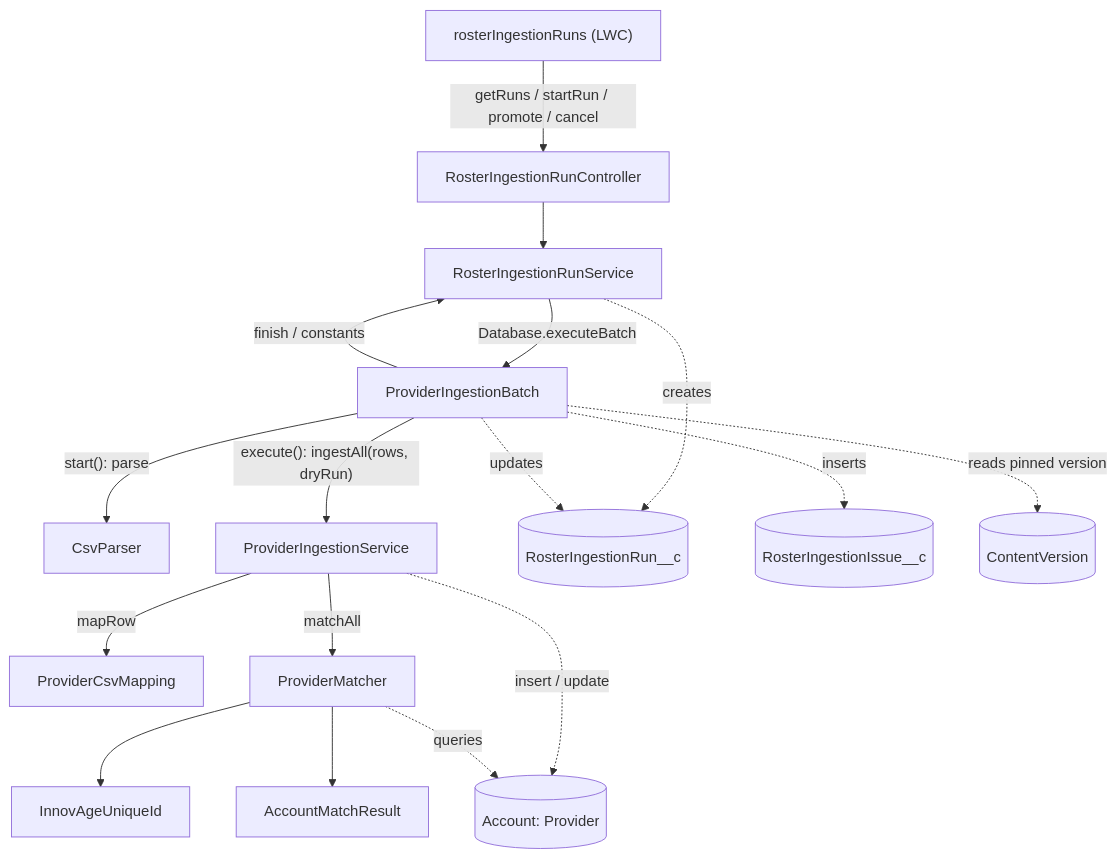
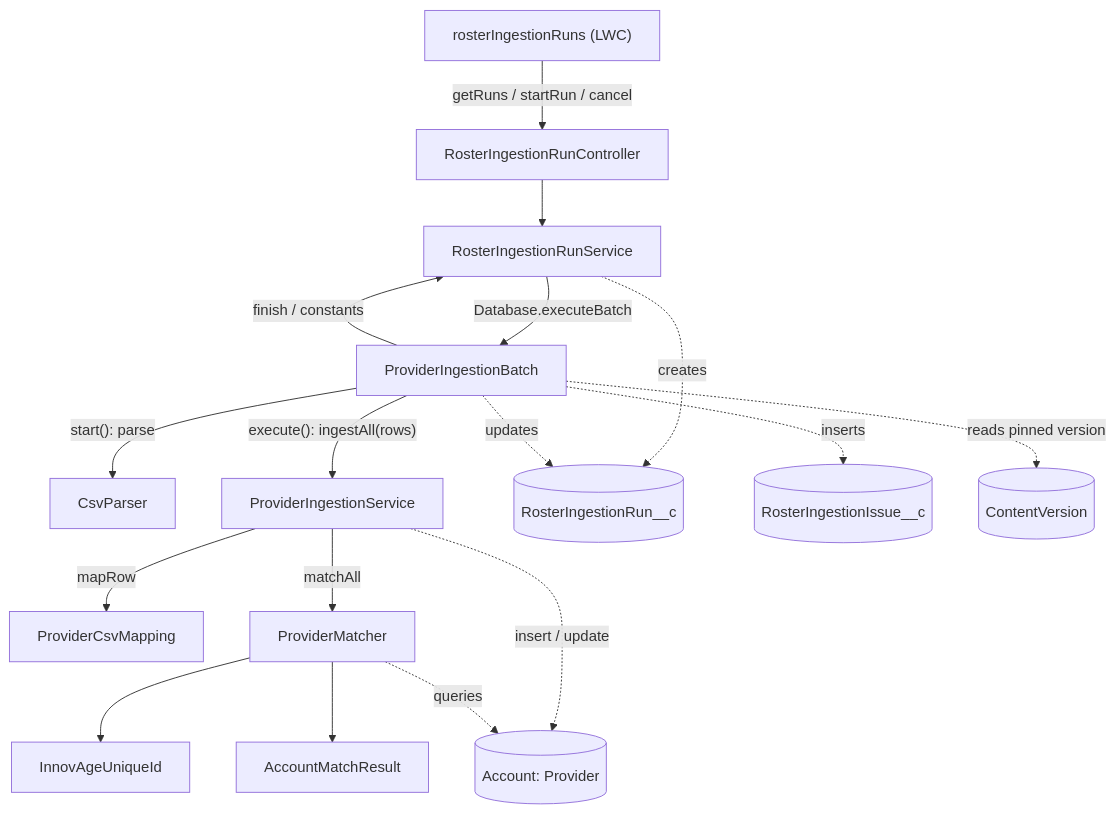
The first of 3 diagrams in docs/architecture/provider-bulk-ingestion.md (iwaisman/innovage), drawn with Mermaid before and after one commit. The commit also changed other lines of this file and 26 other files, not shown here.

Commit message:
Removed Dry-run feature

````diff
--- a/docs/architecture/provider-bulk-ingestion.md
+++ b/docs/architecture/provider-bulk-ingestion.md
@@ -73,21 +72,21 @@
 ```mermaid
 flowchart TD
-    LWC["rosterIngestionRuns (LWC)"] -->|getRuns / startRun / promote / cancel| CTRL[RosterIngestionRunController]
+    LWC["rosterIngestionRuns (LWC)"] -->|getRuns / startRun / cancel| CTRL[RosterIngestionRunController]
     CTRL --> RUN[RosterIngestionRunService]
     RUN -->|Database.executeBatch| BATCH[ProviderIngestionBatch]
     BATCH -->|finish / constants| RUN
 
     BATCH -->|"start(): parse"| CSV[CsvParser]
-    BATCH -->|"execute(): ingestAll(rows, dryRun)"| SVC[ProviderIngestionService]
+    BATCH -->|"execute(): ingestAll(rows)"| SVC[ProviderIngestionService]
     SVC -->|mapRow| MAP[ProviderCsvMapping]
     SVC -->|matchAll| MATCH[ProviderMatcher]
     MATCH --> UID[InnovAgeUniqueId]
     MATCH --> AMR[AccountMatchResult]
 
     RUN -.->|creates| RUNOBJ[(RosterIngestionRun__c)]
     BATCH -.->|updates| RUNOBJ
     BATCH -.->|inserts| ISSUE[(RosterIngestionIssue__c)]
     BATCH -.->|reads pinned version| CV[(ContentVersion)]
     SVC -.->|insert / update| ACC[(Account: Provider)]
     MATCH -.->|queries| ACC
 ```
````
